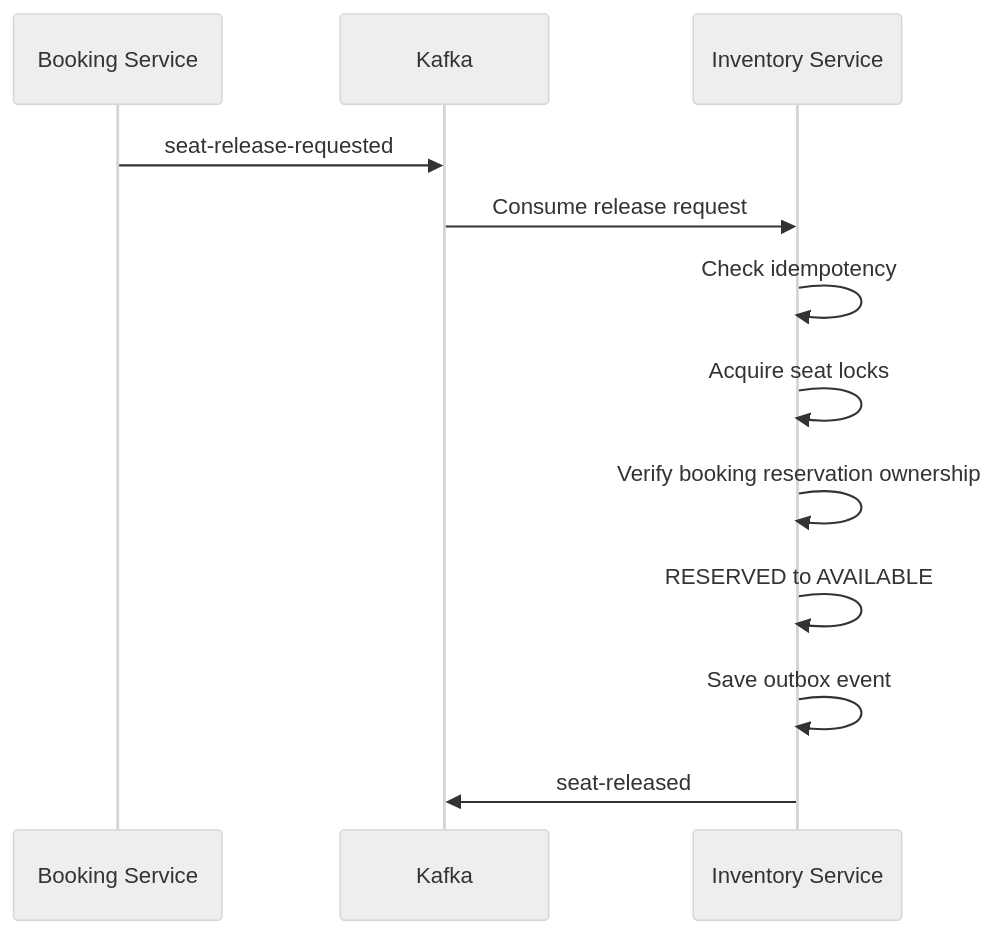
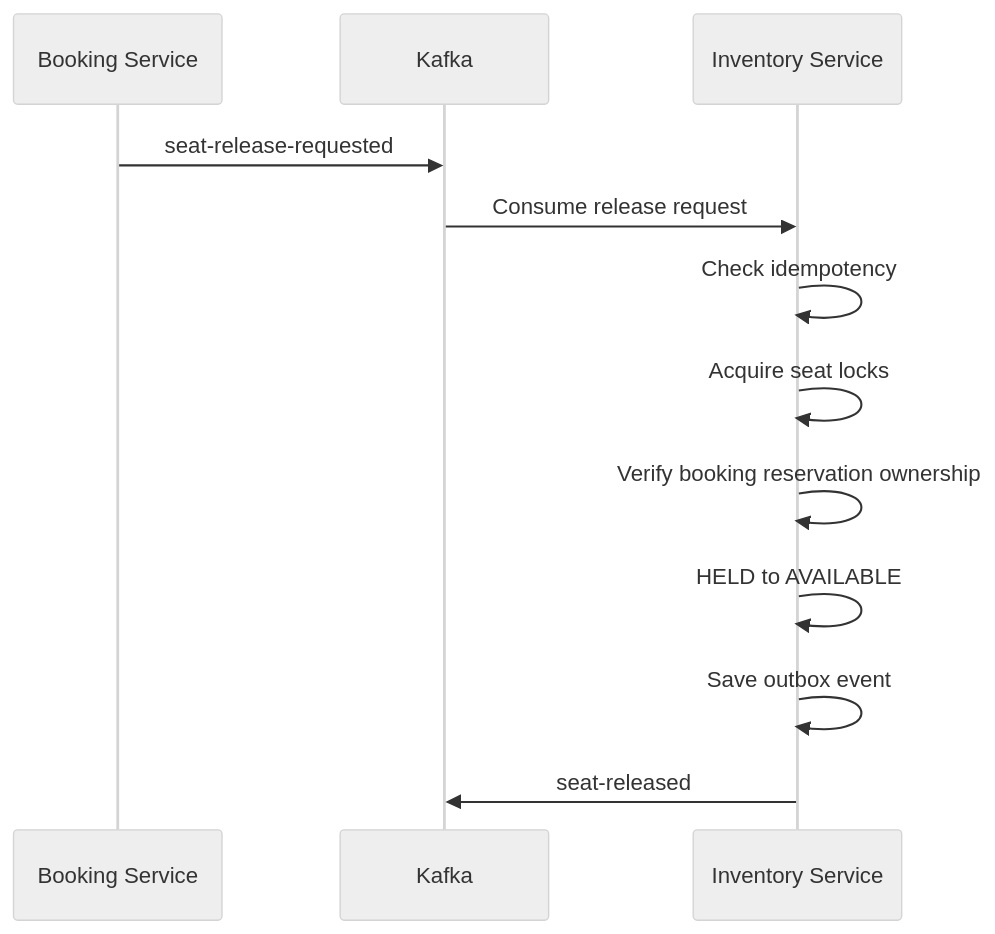
Before and after one commit to HuyKunNe/cinema-system: the ninth of 10 diagrams in docs/02_ARCHITECTURE.md, drawn with Mermaid (neutral theme). The commit also changed other lines of this file and 10 other files, not shown here.

````diff
--- a/docs/02_ARCHITECTURE.md
+++ b/docs/02_ARCHITECTURE.md
@@ -925,15 +946,15 @@
 ```mermaid
 sequenceDiagram
     participant Booking as Booking Service
     participant Kafka
     participant Inventory as Inventory Service
 
     Booking->>Kafka: seat-release-requested
     Kafka->>Inventory: Consume release request
     Inventory->>Inventory: Check idempotency
     Inventory->>Inventory: Acquire seat locks
     Inventory->>Inventory: Verify booking reservation ownership
-    Inventory->>Inventory: RESERVED to AVAILABLE
+    Inventory->>Inventory: HELD to AVAILABLE
     Inventory->>Inventory: Save outbox event
     Inventory->>Kafka: seat-released
 ```
````
